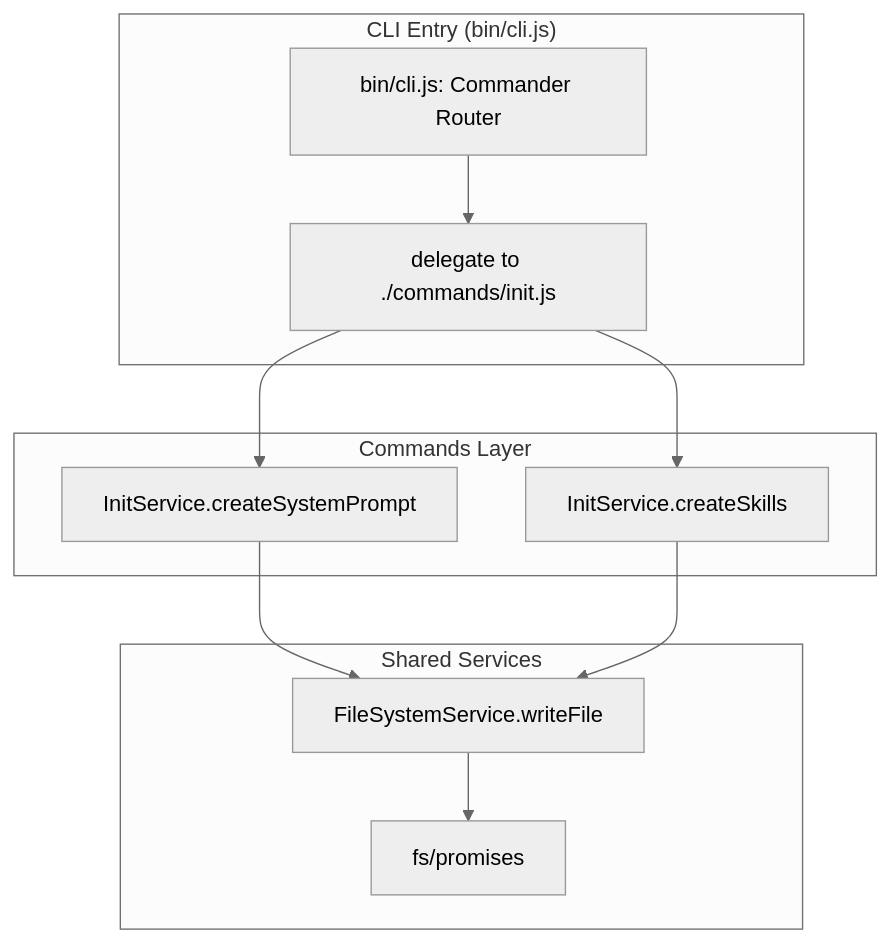
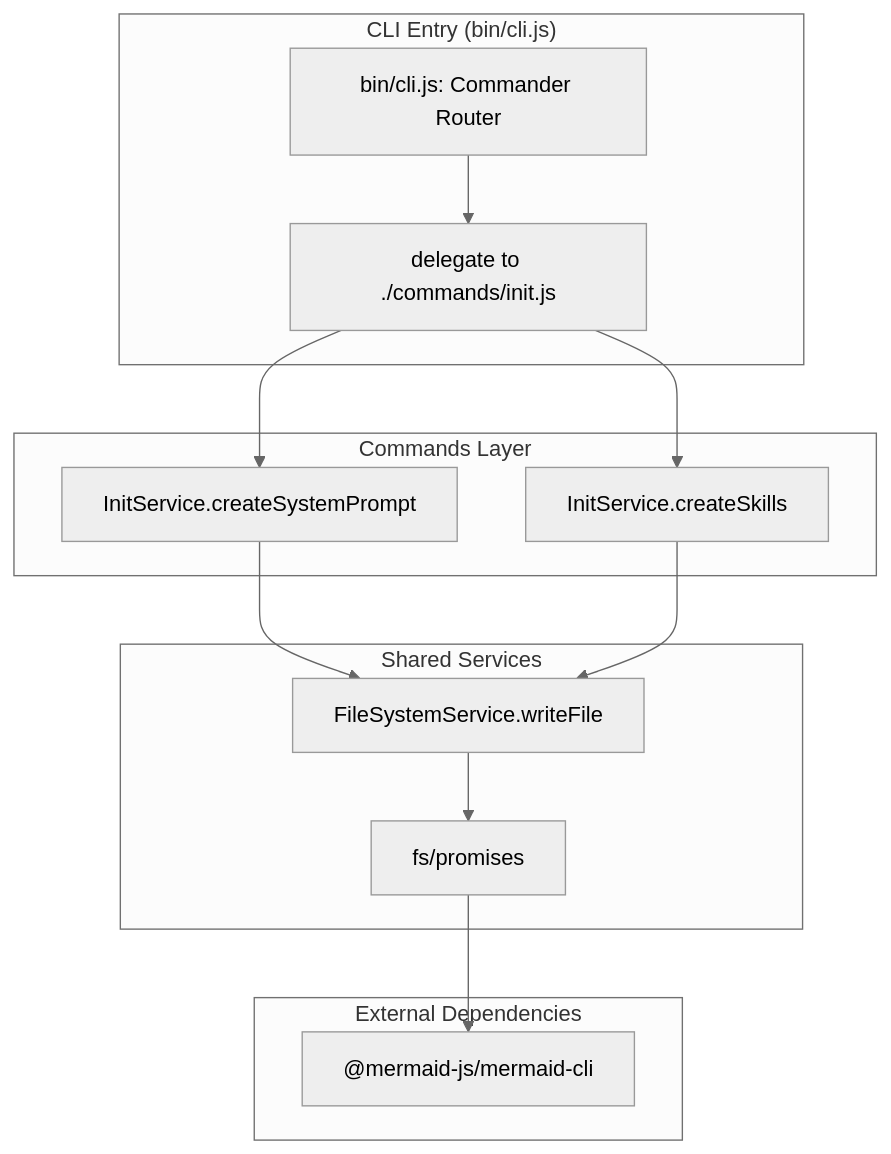
Before and after one commit to JulioCRFilho/mermaid-diagram-driven-development: the diagram in bin/cli.spec.md, drawn with Mermaid (neutral theme). The commit also changed other lines of this file and 13 other files, not shown here.

````diff
--- a/bin/cli.spec.md
+++ b/bin/cli.spec.md
@@ -7,18 +7,22 @@
 ```mermaid
-%% @spec-version v4.0.0
+%% @spec-version v4.2.0
 graph TD
     subgraph "CLI Entry (bin/cli.js)"
         A[bin/cli.js: Commander Router] --> B[delegate to ./commands/init.js]
     end
 
     subgraph "Commands Layer"
         B --> C[InitService.createSystemPrompt]
         B --> D[InitService.createSkills]
     end
 
     subgraph "Shared Services"
         C --> E[FileSystemService.writeFile]
         D --> E
         E --> F[fs/promises]
     end
+
+    subgraph "External Dependencies"
+        F --> G["@mermaid-js/mermaid-cli"]
+    end
 ```
````
